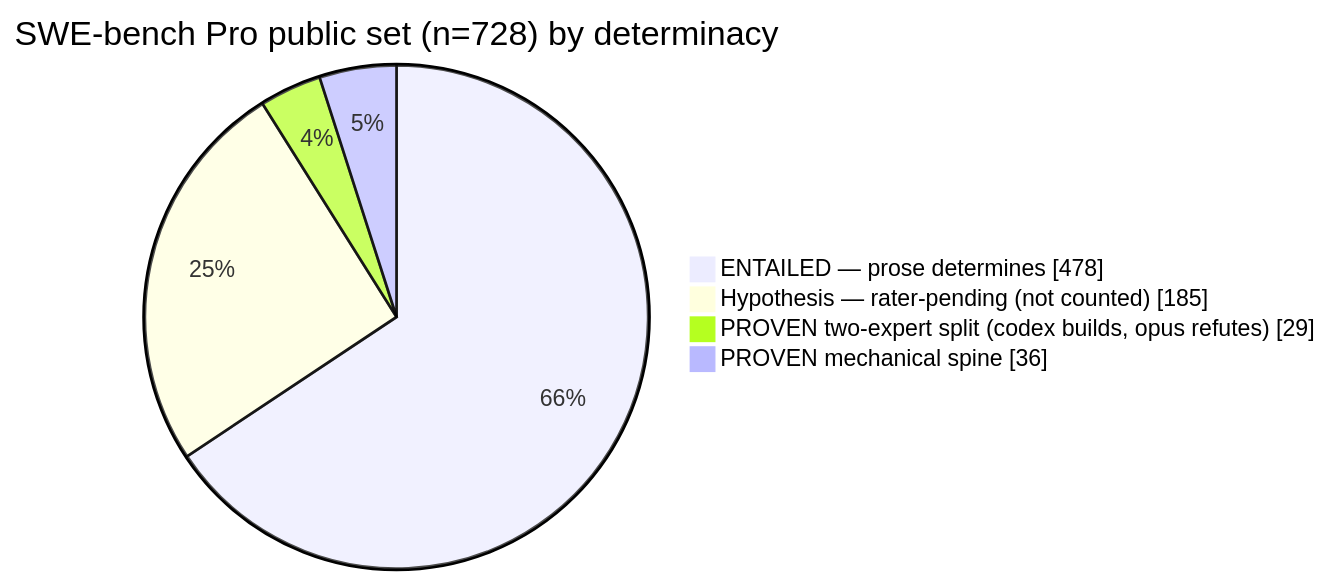
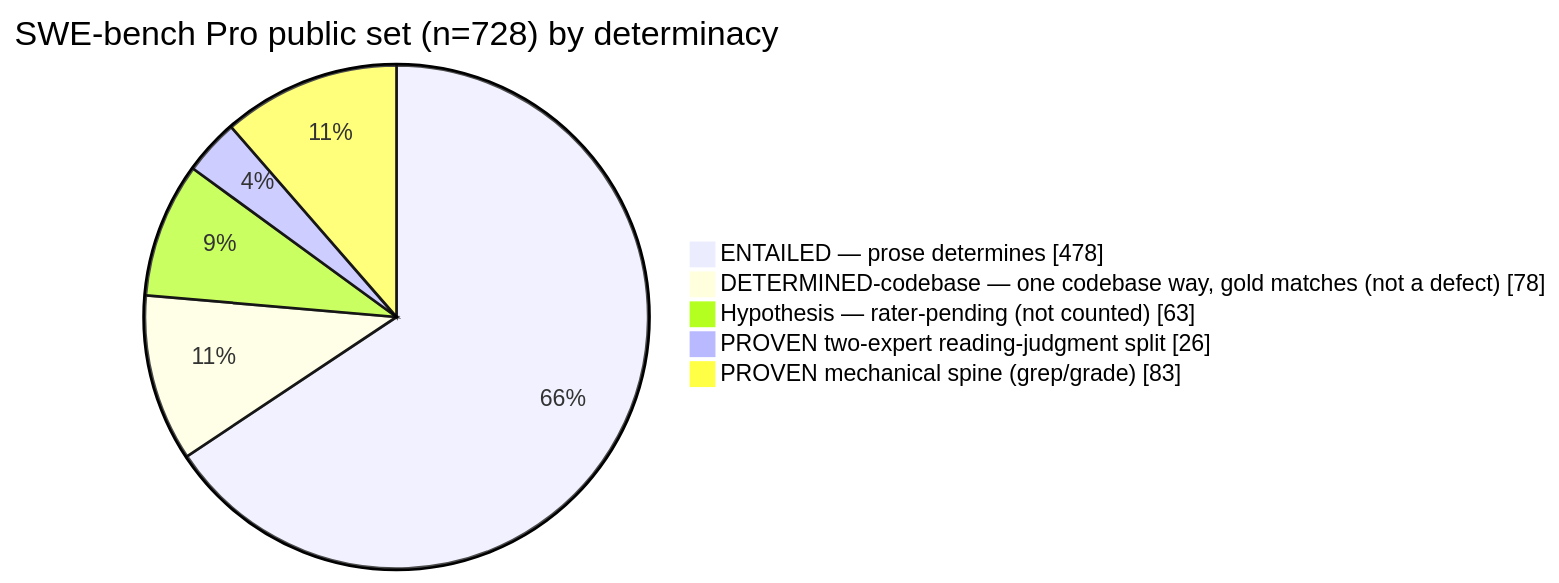
The diagram in README.md (kimjune01/swebench-pro-audit), drawn with Mermaid before and after one commit. The commit also changed other lines of this file and 577 other files, not shown here.

First line of the commit message:
Codebase-determinacy sweep: settle prose-silent gaps on grep evidence

````diff
--- a/README.md
+++ b/README.md
@@ -93,7 +98,8 @@
 ```mermaid
 pie showData title SWE-bench Pro public set (n=728) by determinacy
     "ENTAILED — prose determines" : 478
-    "Hypothesis — rater-pending (not counted)" : 185
-    "PROVEN two-expert split (codex builds, opus refutes)" : 29
-    "PROVEN mechanical spine" : 36
+    "DETERMINED-codebase — one codebase way, gold matches (not a defect)" : 78
+    "Hypothesis — rater-pending (not counted)" : 63
+    "PROVEN two-expert reading-judgment split" : 26
+    "PROVEN mechanical spine (grep/grade)" : 83
 ```
````
